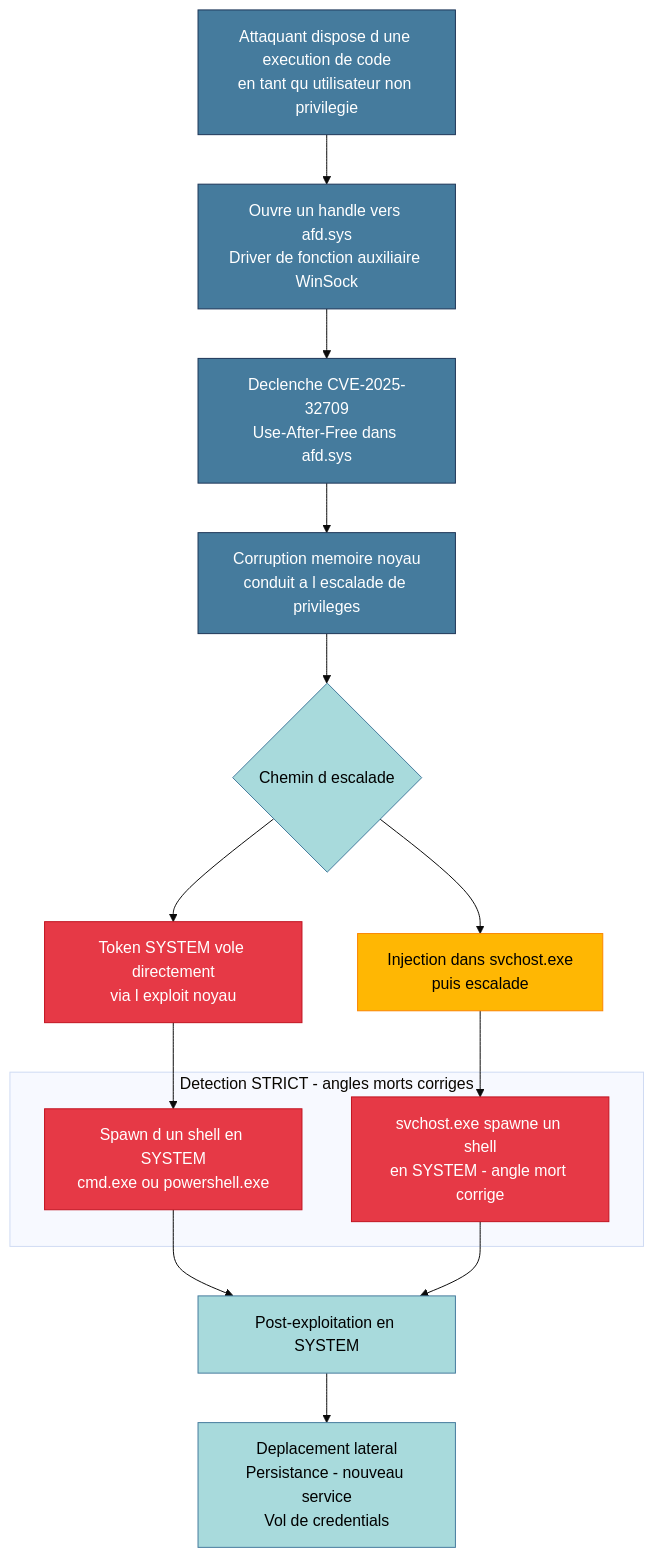
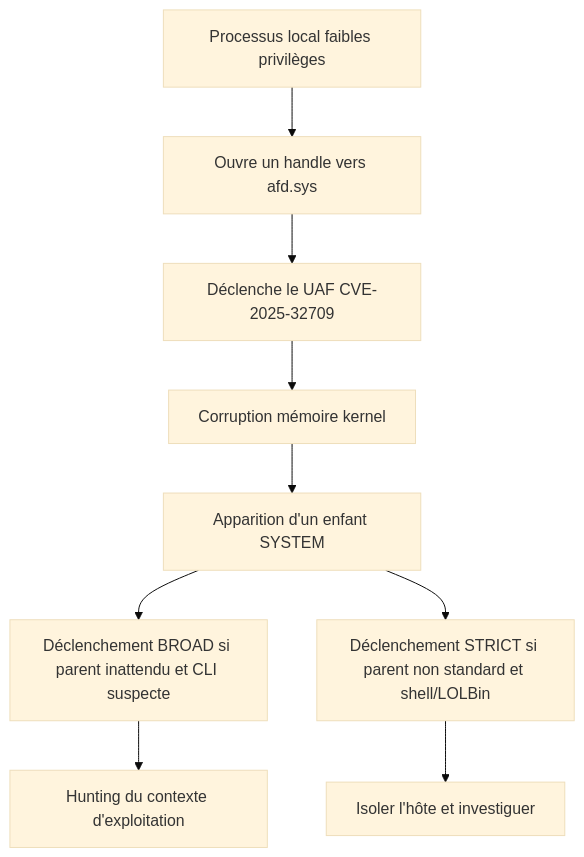
Before and after one commit to Hatchepsoute/sigma-rules: the diagram in CVE-2025-32709_WinSock_AFD_LPE/diagrams/DIAGRAM_CVE-2025-32709_FR.mmd, drawn with Mermaid (base theme). The commit also changed 135 other files, not shown here.

```diff
--- a/CVE-2025-32709_WinSock_AFD_LPE/diagrams/DIAGRAM_CVE-2025-32709_FR.mmd
+++ b/CVE-2025-32709_WinSock_AFD_LPE/diagrams/DIAGRAM_CVE-2025-32709_FR.mmd
@@ -1,34 +1,9 @@
 flowchart TD
-    A[Attaquant dispose d une execution de code\nen tant qu utilisateur non privilegie] --> B[Ouvre un handle vers afd.sys\nDriver de fonction auxiliaire WinSock]
-    B --> C[Declenche CVE-2025-32709\nUse-After-Free dans afd.sys]
-    C --> D[Corruption memoire noyau\nconduit a l escalade de privileges]
-    D --> E{Chemin d escalade}
-
-    E --> F[Token SYSTEM vole directement\nvia l exploit noyau]
-    E --> G[Injection dans svchost.exe\npuis escalade]
-
-    F --> H[Spawn d un shell en SYSTEM\ncmd.exe ou powershell.exe]
-    G --> I[svchost.exe spawne un shell\nen SYSTEM - angle mort corrige]
-
-    H --> J[Post-exploitation en SYSTEM]
-    I --> J
-
-    J --> K[Deplacement lateral\nPersistance - nouveau service\nVol de credentials]
-
-    classDef detection fill:#f4a261,stroke:#e76f51,color:#000
-    classDef strict fill:#e63946,stroke:#c1121f,color:#fff
-    classDef attacker fill:#457b9d,stroke:#1d3557,color:#fff
-    classDef action fill:#a8dadc,stroke:#457b9d,color:#000
-    classDef blindspot fill:#ffb703,stroke:#fb8500,color:#000
-
-    class A,B,C,D attacker
-    class E,J action
-    class F,H strict
-    class G blindspot
-    class I strict
-    class K action
-
-    subgraph DETECTION_STRICT["Detection STRICT - angles morts corriges"]
-        H
-        I
-    end
+    A[Processus local faibles privilèges] --> B[Ouvre un handle vers afd.sys]
+    B --> C[Déclenche le UAF CVE-2025-32709]
+    C --> D[Corruption mémoire kernel]
+    D --> E[Apparition d'un enfant SYSTEM]
+    E --> F[Déclenchement BROAD si parent inattendu et CLI suspecte]
+    E --> G[Déclenchement STRICT si parent non standard et shell/LOLBin]
+    F --> H[Hunting du contexte d'exploitation]
+    G --> I[Isoler l'hôte et investiguer]
```
